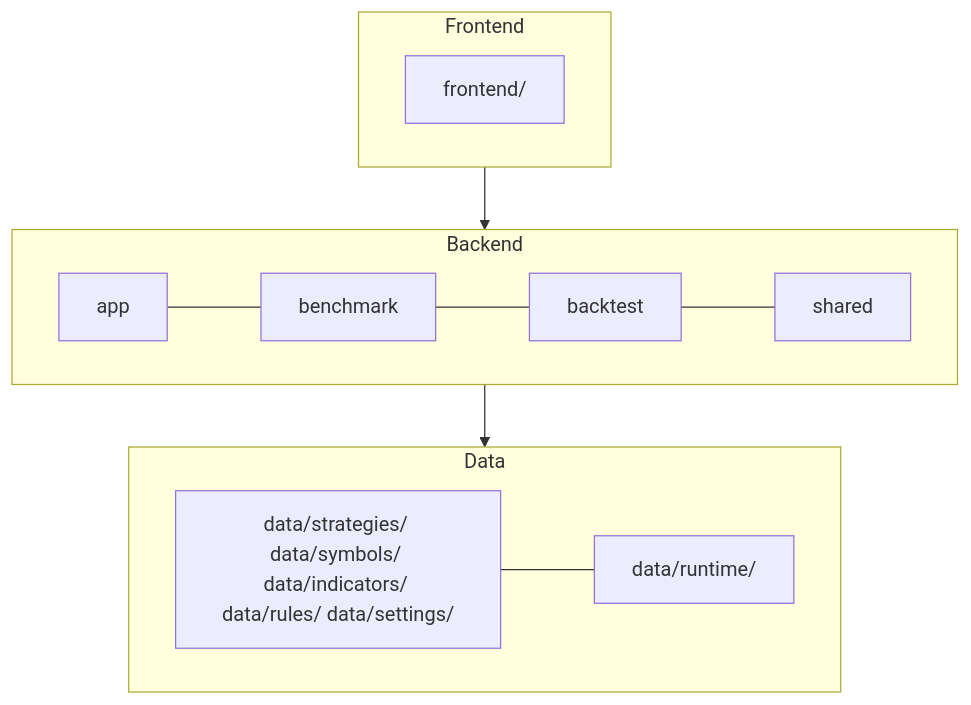
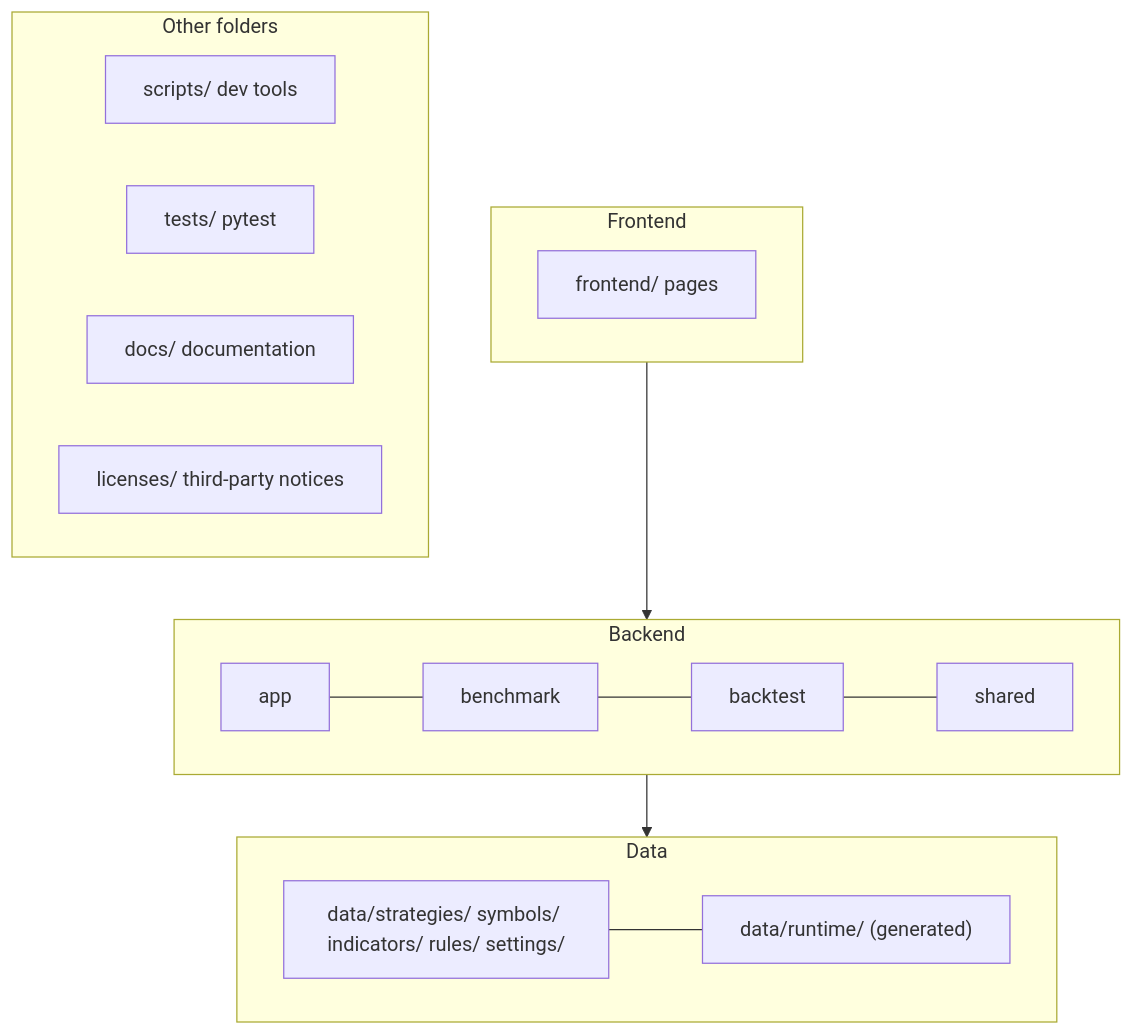
Before and after one commit to littenduck/stock-benchmark: the diagram in README.md, drawn with Mermaid. The commit also changed other lines of this file, not shown here.

Commit message:
Add tools, tests and docs boxes to the README architecture diagram
Shows scripts/, tests/, docs/ and licenses/ as separate boxes without links,
and lists tests/ in the where-things-are table.

````diff
--- a/README.md
+++ b/README.md
@@ -9,17 +9,23 @@
 ```mermaid
 flowchart TB
     subgraph L1["Frontend"]
-        direction LR
-        F["frontend/"]
+        F["frontend/ pages"]
     end
     subgraph L2["Backend"]
         direction LR
         A["app"] --- B["benchmark"] --- T["backtest"] --- S["shared"]
     end
     subgraph L3["Data"]
         direction LR
-        C["data/strategies/ data/symbols/ data/indicators/ data/rules/ data/settings/"] --- R["data/runtime/"]
+        C["data/strategies/ symbols/ indicators/ rules/ settings/"] --- R["data/runtime/ (generated)"]
+    end
+    subgraph L4["Other folders"]
+        direction LR
+        SC["scripts/ dev tools"]
+        TE["tests/ pytest"]
+        DO["docs/ documentation"]
+        LI["licenses/ third-party notices"]
     end
 
     L1 --> L2 --> L3
 ```
````
